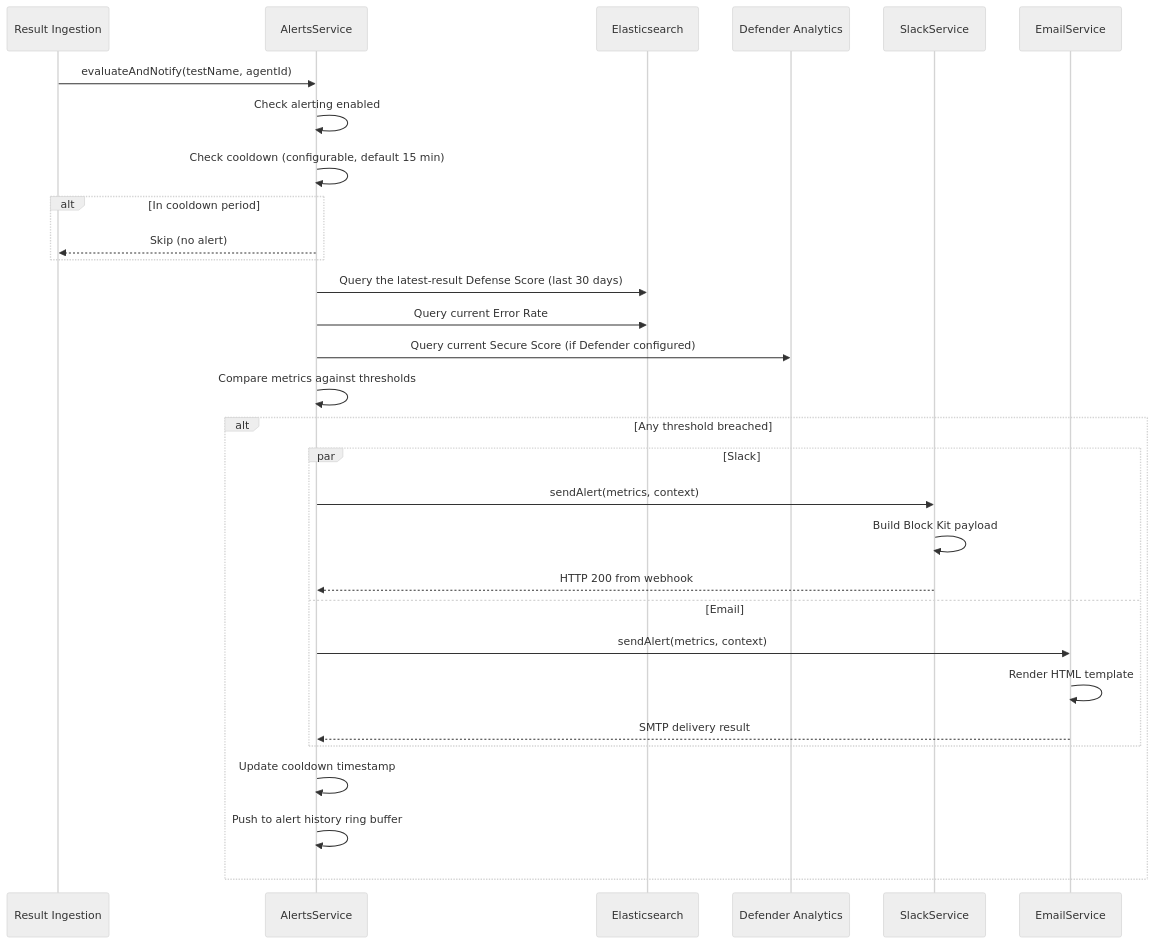
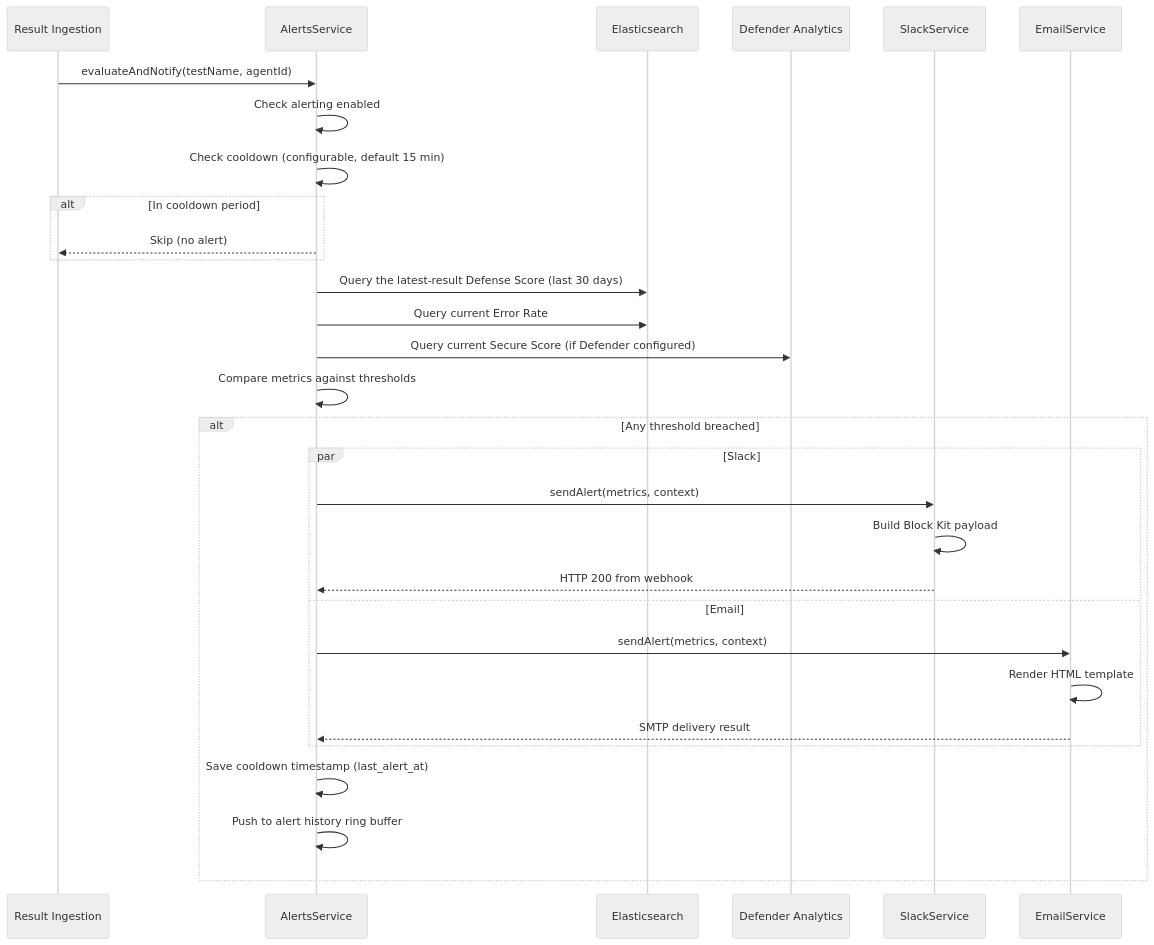
One commit to projectachilles/ProjectAchilles changed the second of 2 diagrams in wiki/docs/user-guide/integrations/alerting.md. Above: the diagram before and after it, drawn with Mermaid (neutral theme). The commit also changed other lines of this file and 136 other files, not shown here.

````diff
--- a/wiki/docs/user-guide/integrations/alerting.md
+++ b/wiki/docs/user-guide/integrations/alerting.md
@@ -121,33 +128,33 @@
 ```mermaid
 sequenceDiagram
     participant RI as Result Ingestion
     participant AS as AlertsService
     participant ES as Elasticsearch
     participant DEF as Defender Analytics
     participant SL as SlackService
     participant EM as EmailService
 
     RI->>AS: evaluateAndNotify(testName, agentId)
     AS->>AS: Check alerting enabled
     AS->>AS: Check cooldown (configurable, default 15 min)
     alt In cooldown period
         AS-->>RI: Skip (no alert)
     end
     AS->>ES: Query the latest-result Defense Score (last 30 days)
     AS->>ES: Query current Error Rate
     AS->>DEF: Query current Secure Score (if Defender configured)
     AS->>AS: Compare metrics against thresholds
     alt Any threshold breached
         par Slack
             AS->>SL: sendAlert(metrics, context)
             SL->>SL: Build Block Kit payload
             SL-->>AS: HTTP 200 from webhook
         and Email
             AS->>EM: sendAlert(metrics, context)
             EM->>EM: Render HTML template
             EM-->>AS: SMTP delivery result
         end
-        AS->>AS: Update cooldown timestamp
+        AS->>AS: Save cooldown timestamp (last_alert_at)
         AS->>AS: Push to alert history ring buffer
     end
 ```
````
